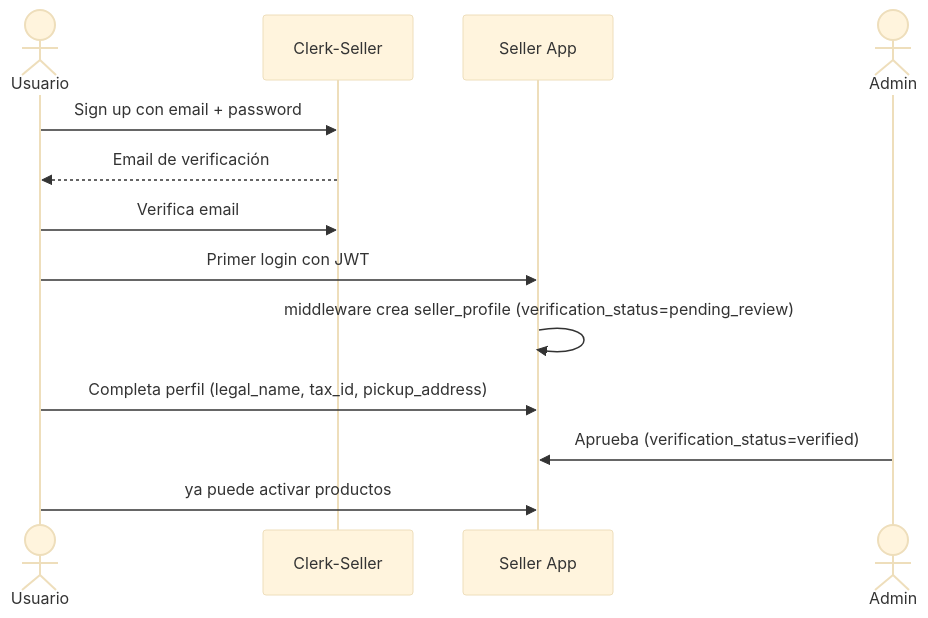
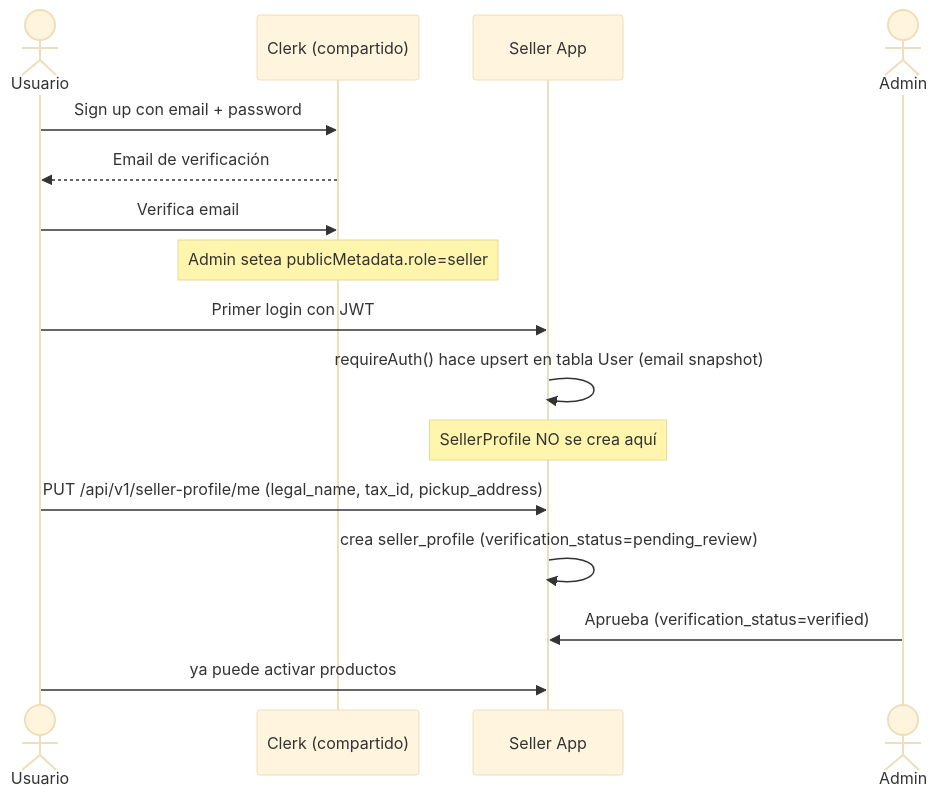
One commit to IAW-2026/proyecto-c-payments-bicimarket changed the second of 4 diagrams in documentacion/05-usuarios.md. Above: the diagram before and after it, drawn with Mermaid (base theme). The commit also changed other lines of this file and 2 other files, not shown here.

Commit message:
Update documentation for Seller App implementation details; clarify pagination, traceability, and user profile creation process

````diff
--- a/documentacion/05-usuarios.md
+++ b/documentacion/05-usuarios.md
@@ -122,16 +124,19 @@
 ```mermaid
 sequenceDiagram
     actor U as Usuario
-    participant CS as Clerk-Seller
+    participant CL as Clerk (compartido)
     participant S as Seller App
     actor A as Admin
 
-    U->>CS: Sign up con email + password
-    CS-->>U: Email de verificación
-    U->>CS: Verifica email
+    U->>CL: Sign up con email + password
+    CL-->>U: Email de verificación
+    U->>CL: Verifica email
+    Note over CL: Admin setea publicMetadata.role=seller
     U->>S: Primer login con JWT
-    S->>S: middleware crea seller_profile (verification_status=pending_review)
-    U->>S: Completa perfil (legal_name, tax_id, pickup_address)
+    S->>S: requireAuth() hace upsert en tabla User (email snapshot)
+    Note over S: SellerProfile NO se crea aquí
+    U->>S: PUT /api/v1/seller-profile/me (legal_name, tax_id, pickup_address)
+    S->>S: crea seller_profile (verification_status=pending_review)
     A->>S: Aprueba (verification_status=verified)
     U->>S: ya puede activar productos
 ```
````
